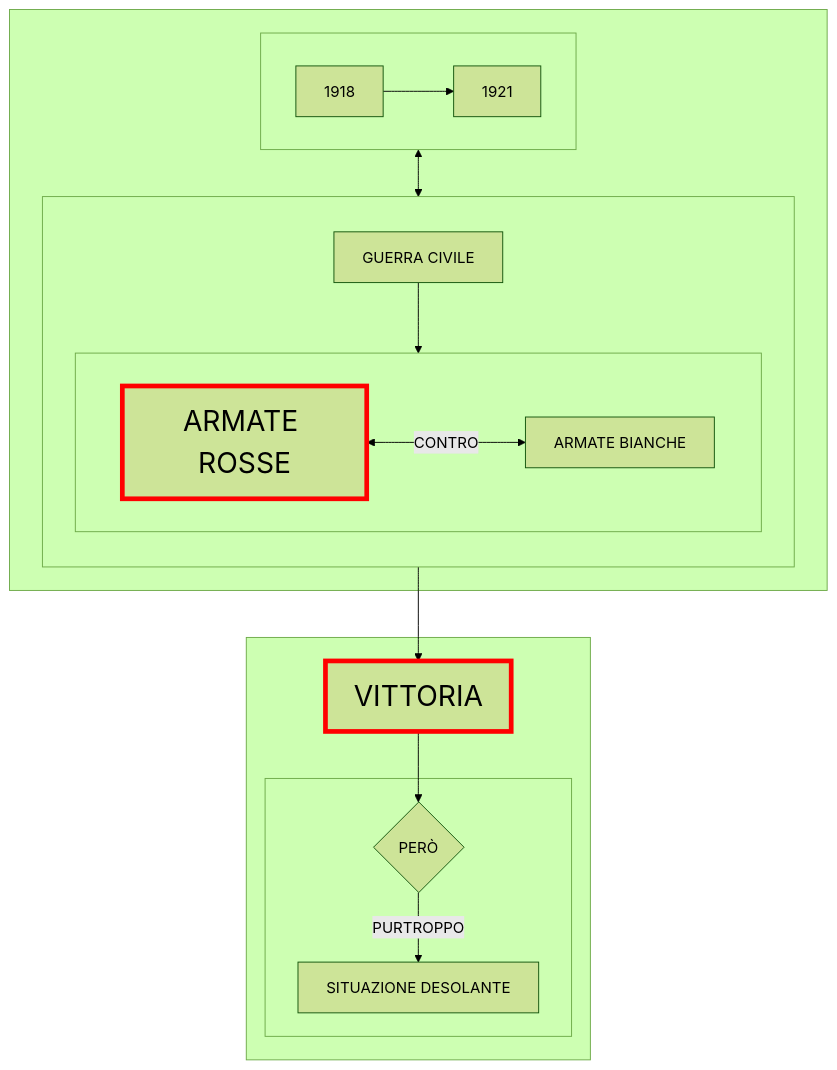
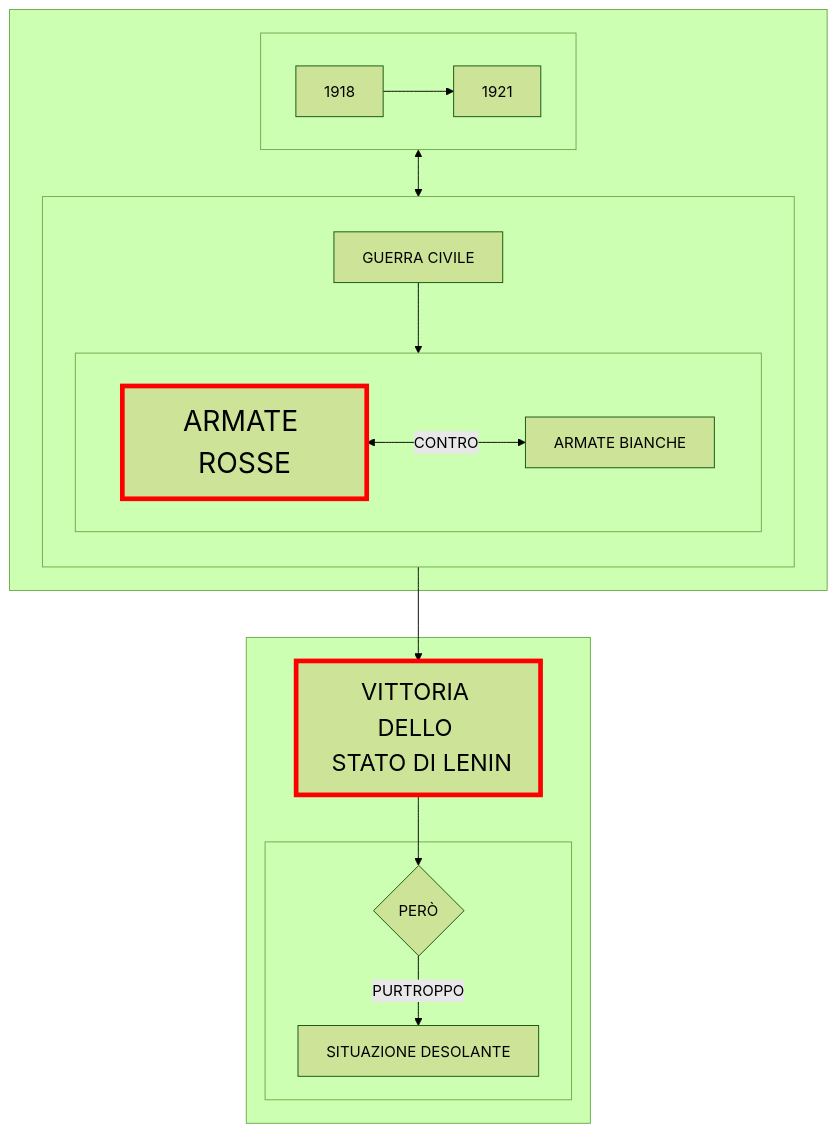
One commit to Laaouatni/ricerca-storia-MermaidJS changed the diagram in prova.md. Above: the diagram before and after it, drawn with Mermaid (forest theme).

````diff
--- a/prova.md
+++ b/prova.md
@@ -1,36 +1,36 @@
 ```mermaid
 flowchart TB;
   subgraph 0[" "]
     subgraph 01[" "]
       direction LR;
       010[1918]
       011[1921]
       010 --> 011
     end
     01 <--> 02
 
     subgraph 02[" "]
       direction TB;
       020[GUERRA CIVILE]
       subgraph 021[" "]
         direction LR;
         0210[ARMATE ROSSE]
         style 0210 stroke:#ff0000,stroke-width:5px, font-size:30px;
         0211[ARMATE BIANCHE]
         0210 <-->|CONTRO| 0211
       end
       020 --> 021
     end
   end
 
   subgraph 3[" "]
-    1[VITTORIA]
-    style 1 stroke:#ff0000,stroke-width:5px, font-size:30px;
+    1[VITTORIA DELLO <BR> STATO DI LENIN]
+    style 1 stroke:#ff0000,stroke-width:5px, font-size:25px;
     subgraph 30[" "]
       2{PERÒ}
       20[SITUAZIONE DESOLANTE]
     end
-    0210 --> 1
+    021 --> 1
     1 --> 2 -->|PURTROPPO| 20
   end
 ```
````
